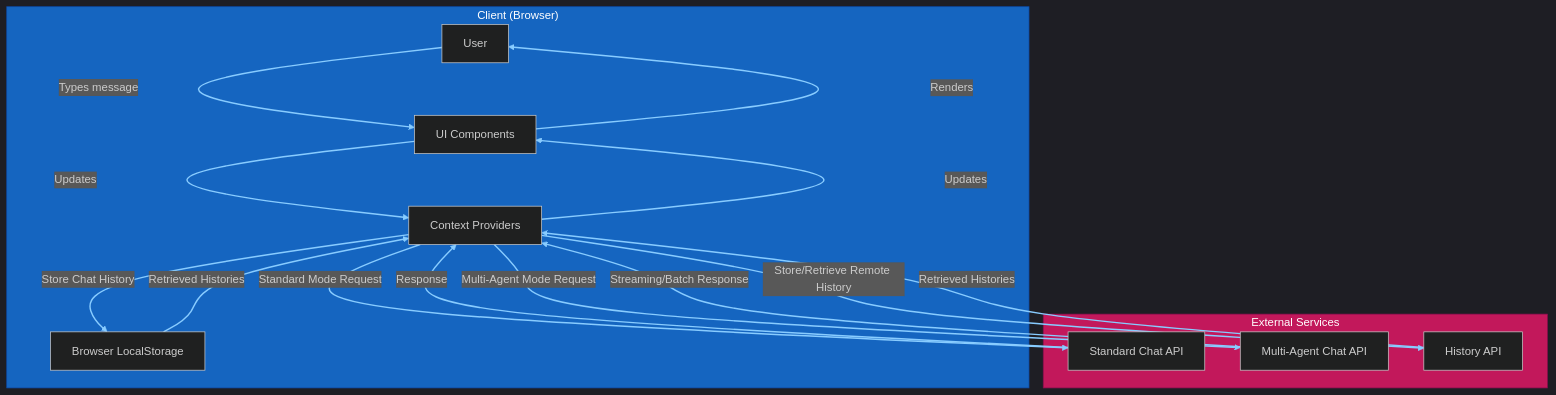
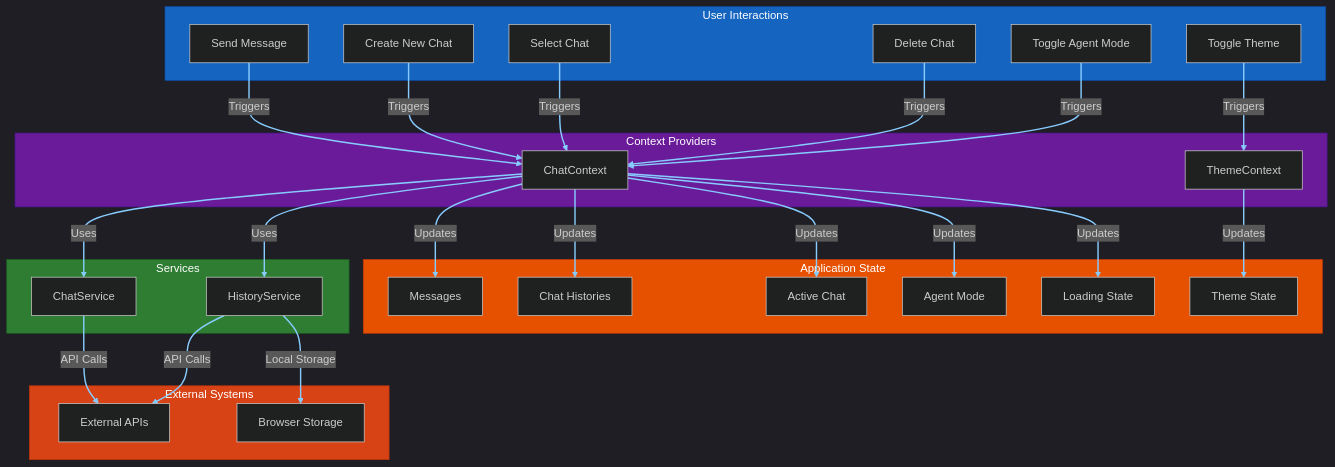
Before and after one commit to ChrisMcKee1/ChatUI: the third of 10 diagrams in memory-bank/architectureDiagrams.md, drawn with Mermaid. The commit also changed other lines of this file, not shown here.

Commit message:
Updated Deployment Architecture diagram to reflect current approach

````diff
--- a/memory-bank/architectureDiagrams.md
+++ b/memory-bank/architectureDiagrams.md
@@ -137,37 +175,65 @@
 ```mermaid
 %%{init: {'theme':'dark'}}%%
 flowchart TD
-    subgraph Client["Client (Browser)"]
-        User[User]
-        UI[UI Components]
-        Context[Context Providers]
-        LocalStore[Browser LocalStorage]
+    subgraph User_Interactions["User Interactions"]
+        SendMsg[Send Message]
+        CreateChat[Create New Chat]
+        SelectChat[Select Chat]
+        DeleteChat[Delete Chat]
+        ToggleAgent[Toggle Agent Mode]
+        ToggleTheme[Toggle Theme]
     end
     
-    subgraph External["External Services"]
-        Standard[Standard Chat API]
-        MultiAgent[Multi-Agent Chat API]
-        History[History API]
+    subgraph Context["Context Providers"]
+        ChatCtx[ChatContext]
+        ThemeCtx[ThemeContext]
     end
     
-    User -->|Types message| UI
-    UI -->|Updates| Context
+    subgraph Services["Services"]
+        ChatSvc[ChatService]
+        HistorySvc[HistoryService]
+    end
     
-    Context -->|Standard Mode Request| Standard
-    Context -->|Multi-Agent Mode Request| MultiAgent
-    Context -->|Store Chat History| LocalStore
-    Context -->|Store/Retrieve Remote History| History
+    subgraph State["Application State"]
+        Messages[Messages]
+        Histories[Chat Histories]
+        ActiveChat[Active Chat]
+        AgentMode[Agent Mode]
+        Loading[Loading State]
+        Theme[Theme State]
+    end
     
-    Standard -->|Response| Context
-    MultiAgent -->|Streaming/Batch Response| Context
-    History -->|Retrieved Histories| Context
-    LocalStore -->|Retrieved Histories| Context
+    subgraph External["External Systems"]
+        APIs[External APIs]
+        Storage[Browser Storage]
+    end
     
-    Context -->|Updates| UI
-    UI -->|Renders| User
+    SendMsg -->|Triggers| ChatCtx
+    CreateChat -->|Triggers| ChatCtx
+    SelectChat -->|Triggers| ChatCtx
+    DeleteChat -->|Triggers| ChatCtx
+    ToggleAgent -->|Triggers| ChatCtx
+    ToggleTheme -->|Triggers| ThemeCtx
     
-    style Client fill:#1565c0,stroke:#0d47a1,color:#ffffff
-    style External fill:#c2185b,stroke:#880e4f,color:#ffffff
+    ChatCtx -->|Uses| ChatSvc
+    ChatCtx -->|Uses| HistorySvc
+    
+    ChatSvc -->|API Calls| APIs
+    HistorySvc -->|API Calls| APIs
+    HistorySvc -->|Local Storage| Storage
+    
+    ChatCtx -->|Updates| Messages
+    ChatCtx -->|Updates| Histories
+    ChatCtx -->|Updates| ActiveChat
+    ChatCtx -->|Updates| AgentMode
+    ChatCtx -->|Updates| Loading
+    ThemeCtx -->|Updates| Theme
+    
+    style User_Interactions fill:#1565c0,stroke:#0d47a1,color:#ffffff
+    style Context fill:#6a1b9a,stroke:#4a148c,color:#ffffff
+    style Services fill:#2e7d32,stroke:#1b5e20,color:#ffffff
+    style State fill:#e65100,stroke:#bf360c,color:#ffffff
+    style External fill:#d84315,stroke:#bf360c,color:#ffffff
     
     linkStyle default stroke:#88ccff,stroke-width:2px
 ```
````
